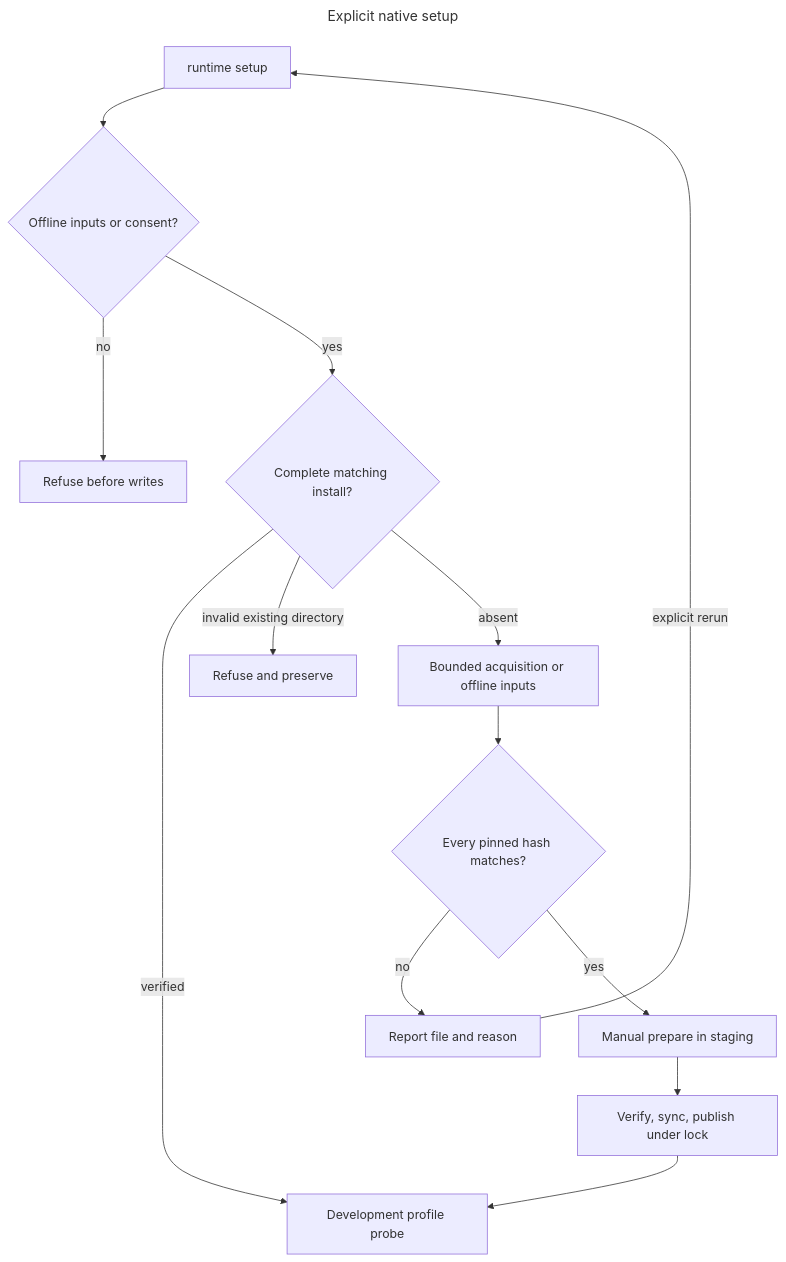
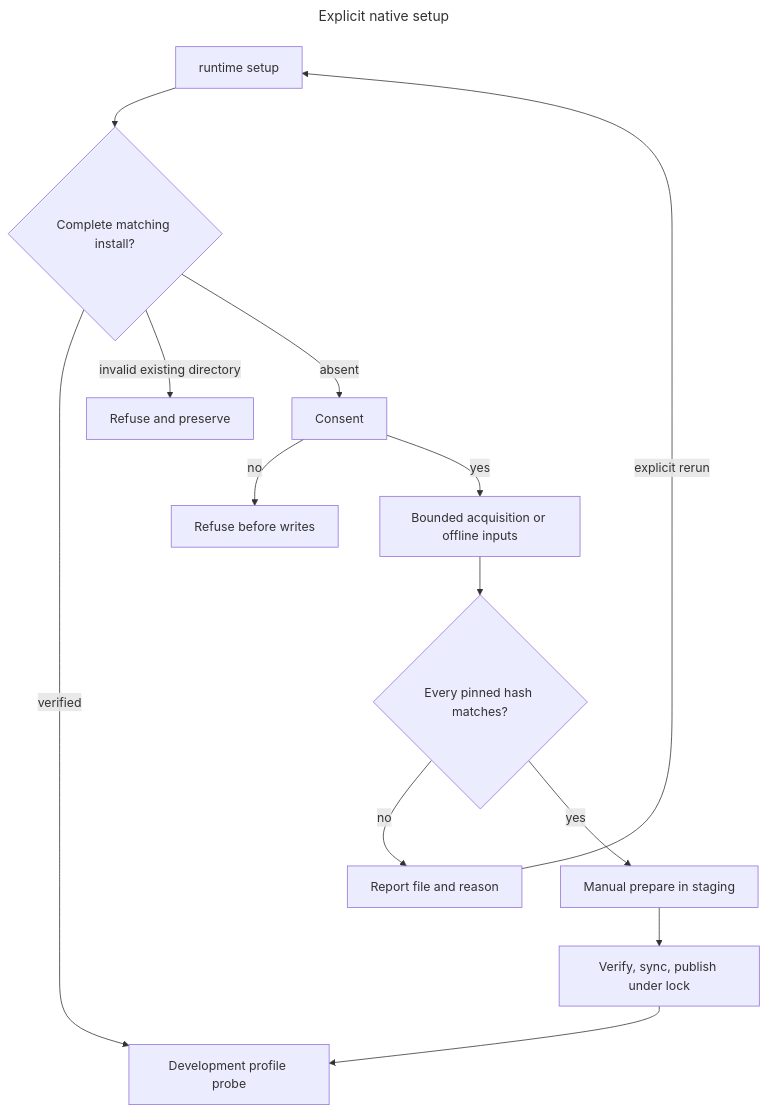
Before and after one commit to hack-dance/hack: the diagram in docs/diagrams/native-setup.mmd, drawn with Mermaid. The commit also changed 13 other files, not shown here.

```diff
--- a/docs/diagrams/native-setup.mmd
+++ b/docs/diagrams/native-setup.mmd
@@ -1,19 +1,19 @@
 ---
 title: Explicit native setup
 ---
 flowchart TD
-  Start["runtime setup"] --> Consent{"Offline inputs or consent?"}
+  Start["runtime setup"] --> Existing{"Complete matching install?"}
   Consent -->|"no"| Refused["Refuse before writes"]
-  Consent -->|"yes"| Existing{"Complete matching install?"}
+  Consent -->|"yes"| Acquire["Bounded acquisition or offline inputs"]
   Existing -->|"verified"| Probe["Development profile probe"]
   Existing -->|"invalid existing directory"| Preserved["Refuse and preserve"]
-  Existing -->|"absent"| Acquire["Bounded acquisition or offline inputs"]
+  Existing -->|"absent"| Consent
   Acquire --> Hash{"Every pinned hash matches?"}
   Hash -->|"no"| Retry["Report file and reason"]
   Hash -->|"yes"| Prepare["Manual prepare in staging"]
   Prepare --> Publish["Verify, sync, publish under lock"]
   Publish --> Probe
   Retry -->|"explicit rerun"| Start
   class Refused,Preserved,Retry fail
   class Probe ok
   class Consent wait
```
